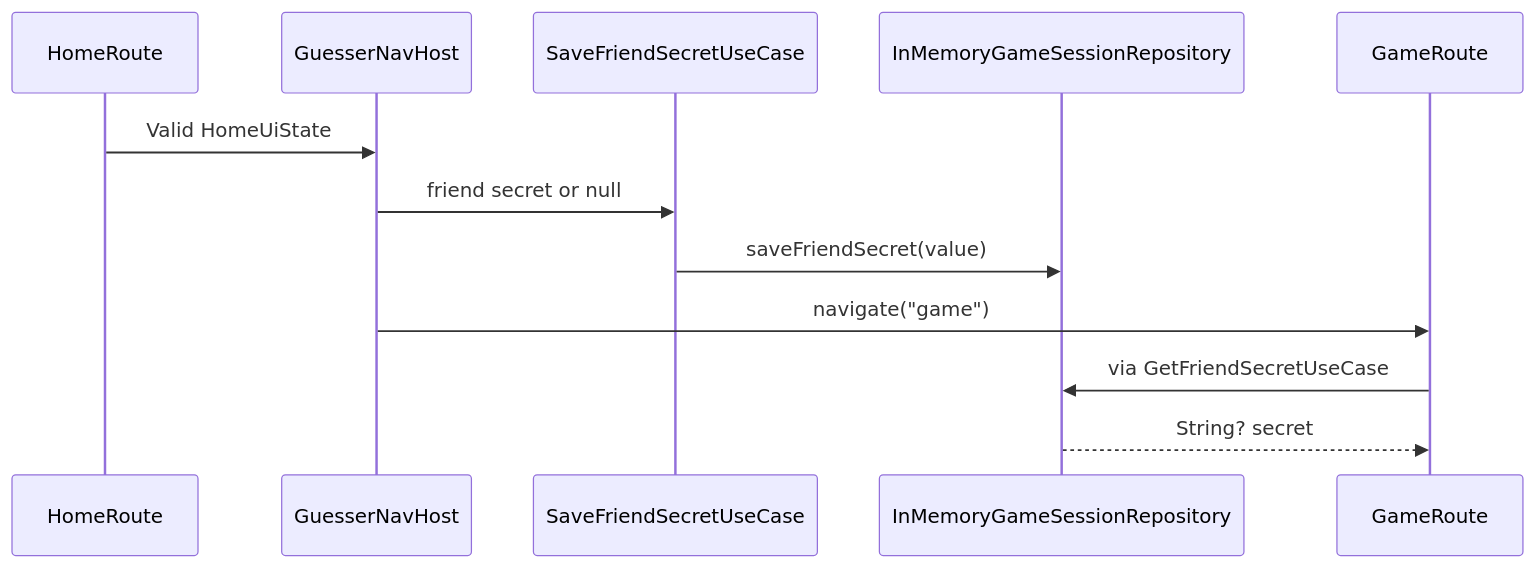
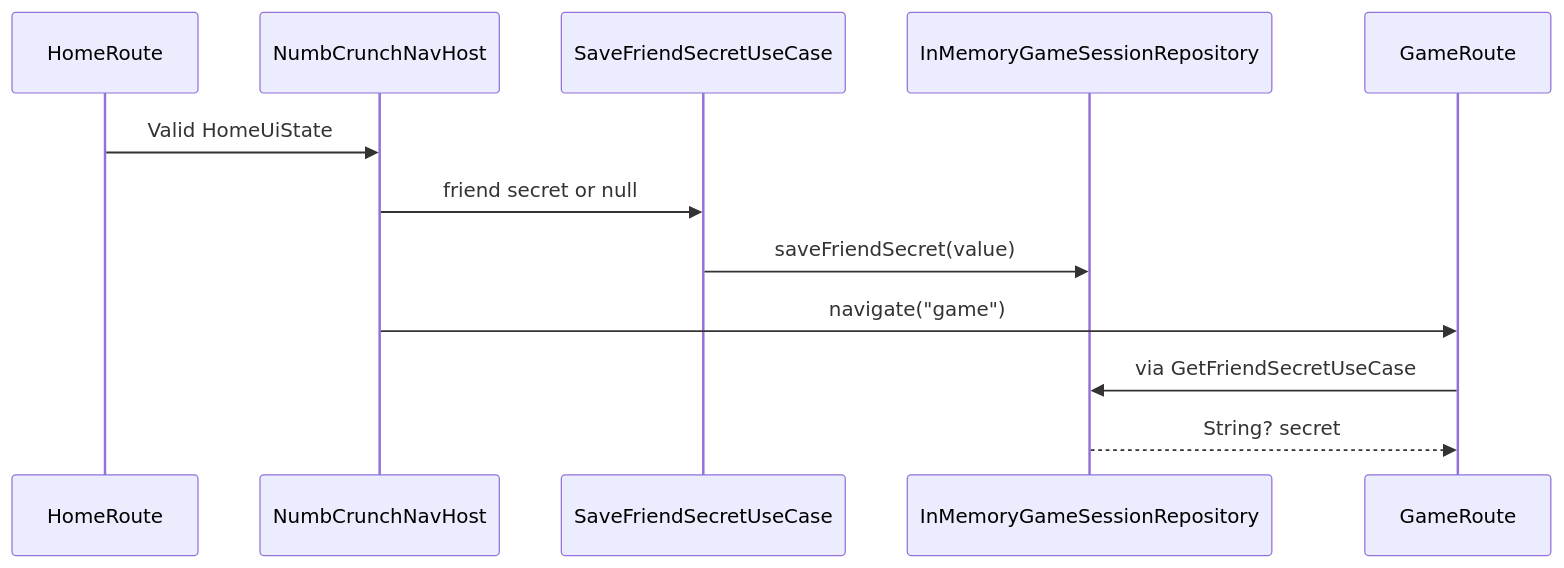
The diagram in docs/implementation.md (theKeval/Guesser), drawn with Mermaid before and after one commit. The commit also changed other lines of this file and 12 other files, not shown here.

Commit message:
Update product copy and documentation for NumbCrunch

````diff
--- a/docs/implementation.md
+++ b/docs/implementation.md
@@ -97,15 +97,15 @@
 ```mermaid
 sequenceDiagram
     participant Home as HomeRoute
-    participant Nav as GuesserNavHost
+    participant Nav as NumbCrunchNavHost
     participant Save as SaveFriendSecretUseCase
     participant Repo as InMemoryGameSessionRepository
     participant Game as GameRoute
 
     Home->>Nav: Valid HomeUiState
     Nav->>Save: friend secret or null
     Save->>Repo: saveFriendSecret(value)
     Nav->>Game: navigate("game")
     Game->>Repo: via GetFriendSecretUseCase
     Repo-->>Game: String? secret
 ```
````
